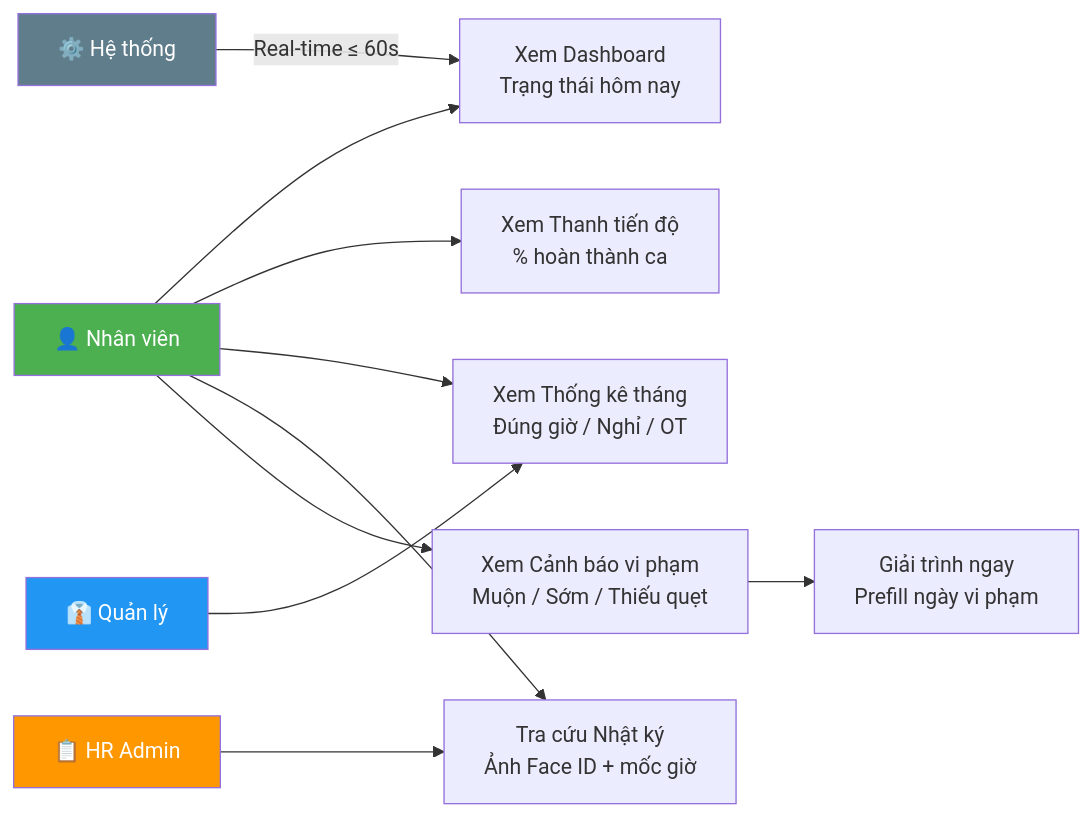
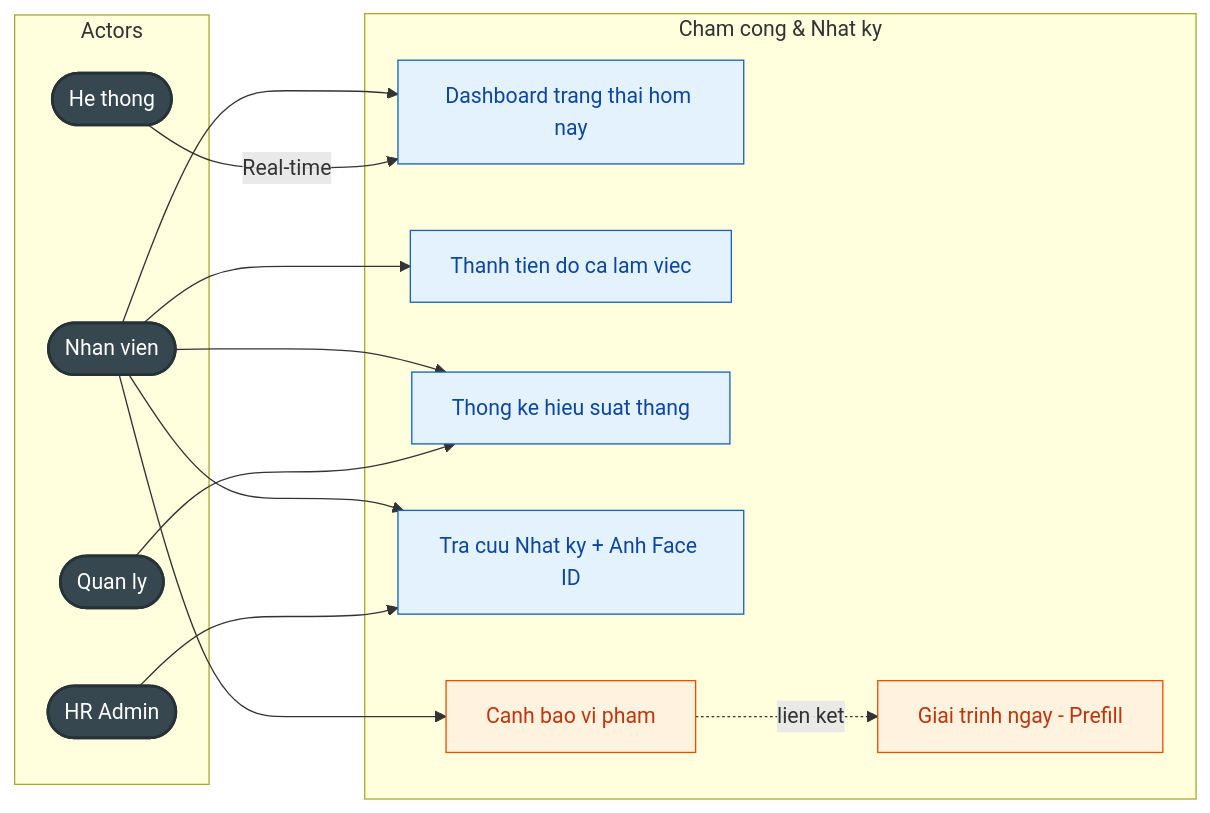
Before and after one commit to olbboy/ba-kit-antigravity: the second of 2 diagrams in outputs/mini-app-cham-cong/2.11-Mini-app/2.11.1.-Chấm-công-và-Nhật-ký-chấm-công/README.md, drawn with Mermaid. The commit also changed other lines of this file and 11 other files, not shown here.

First line of the commit message:
fix: clean Confluence export artifacts and upgrade Mermaid diagrams

````diff
--- a/outputs/mini-app-cham-cong/2.11-Mini-app/2.11.1.-Chấm-công-và-Nhật-ký-chấm-công/README.md
+++ b/outputs/mini-app-cham-cong/2.11-Mini-app/2.11.1.-Chấm-công-và-Nhật-ký-chấm-công/README.md
@@ -60,25 +67,32 @@
 ```mermaid
 graph LR
-    NV["👤 Nhân viên"]
-    HRS["📋 HR Admin"]
-    MGR["👔 Quản lý"]
-    SYS["⚙️ Hệ thống"]
+    subgraph Actors
+        NV([Nhan vien])
+        HRS([HR Admin])
+        MGR([Quan ly])
+        SYS([He thong])
+    end
 
-    UC1["Xem Dashboard<br/>Trạng thái hôm nay"]
-    UC2["Xem Thanh tiến độ<br/>% hoàn thành ca"]
-    UC3["Xem Thống kê tháng<br/>Đúng giờ / Nghỉ / OT"]
-    UC4["Tra cứu Nhật ký<br/>Ảnh Face ID + mốc giờ"]
-    UC5["Xem Cảnh báo vi phạm<br/>Muộn / Sớm / Thiếu quẹt"]
-    UC6["Giải trình ngay<br/>Prefill ngày vi phạm"]
+    subgraph Module["Cham cong & Nhat ky"]
+        UC1[Dashboard trang thai hom nay]
+        UC2[Thanh tien do ca lam viec]
+        UC3[Thong ke hieu suat thang]
+        UC4[Tra cuu Nhat ky + Anh Face ID]
+        UC5[Canh bao vi pham]
+        UC6[Giai trinh ngay - Prefill]
+    end
 
     NV --> UC1 & UC2 & UC3 & UC4 & UC5
-    UC5 --> UC6
+    UC5 -.->|lien ket| UC6
     HRS --> UC4
     MGR --> UC3
-    SYS -->|"Real-time ≤ 60s"| UC1
+    SYS -->|"Real-time"| UC1
 
-    style NV fill:#4CAF50,color:#fff
-    style HRS fill:#FF9800,color:#fff
-    style MGR fill:#2196F3,color:#fff
-    style SYS fill:#607D8B,color:#fff
+    classDef actor fill:#37474F,color:#fff,stroke:#263238,stroke-width:2px
+    classDef uc fill:#E3F2FD,stroke:#1565C0,color:#0D47A1
+    classDef alert fill:#FFF3E0,stroke:#E65100,color:#BF360C
+
+    class NV,HRS,MGR,SYS actor
+    class UC1,UC2,UC3,UC4 uc
+    class UC5,UC6 alert
 ```
````
